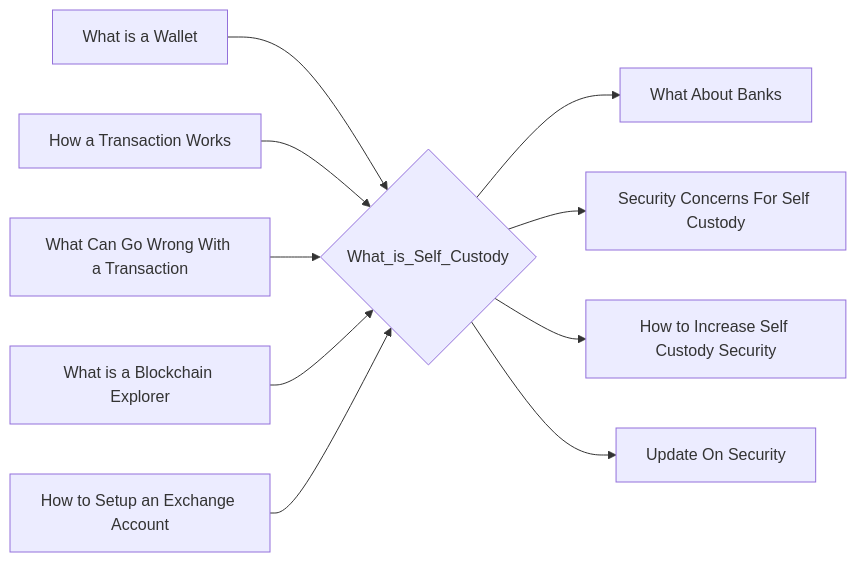
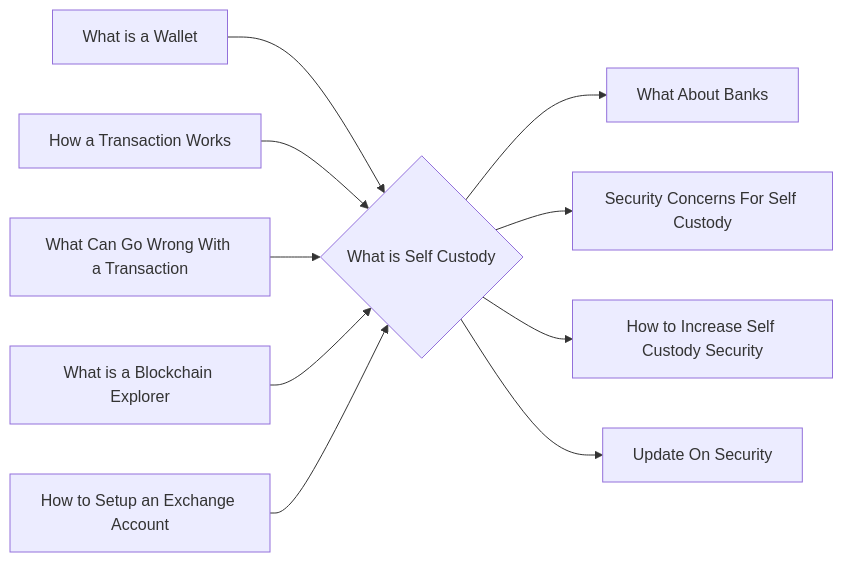
One commit to lpurdy01/crypto-knowledge-map changed the diagram in notes/What_is_Self_Custody.md. Above: the diagram before and after it, drawn with Mermaid. The commit also changed 58 other files, not shown here.

````diff
--- a/notes/What_is_Self_Custody.md
+++ b/notes/What_is_Self_Custody.md
@@ -18,12 +18,12 @@
 ```mermaid
 graph LR
-1["What is a Wallet"]-->0{"What_is_Self_Custody"}
-2["How a Transaction Works"]-->0{"What_is_Self_Custody"}
-3["What Can Go Wrong With a Transaction"]-->0{"What_is_Self_Custody"}
-4["What is a Blockchain Explorer"]-->0{"What_is_Self_Custody"}
-5["How to Setup an Exchange Account"]-->0{"What_is_Self_Custody"}
-0{"What_is_Self_Custody"}-->6["What About Banks"]
-0{"What_is_Self_Custody"}-->7["Security Concerns For Self Custody"]
-0{"What_is_Self_Custody"}-->8["How to Increase Self Custody Security"]
-0{"What_is_Self_Custody"}-->9["Update On Security"]
+1["What is a Wallet"]-->0{"What is Self Custody"}
+2["How a Transaction Works"]-->0{"What is Self Custody"}
+3["What Can Go Wrong With a Transaction"]-->0{"What is Self Custody"}
+4["What is a Blockchain Explorer"]-->0{"What is Self Custody"}
+5["How to Setup an Exchange Account"]-->0{"What is Self Custody"}
+0{"What is Self Custody"}-->6["What About Banks"]
+0{"What is Self Custody"}-->7["Security Concerns For Self Custody"]
+0{"What is Self Custody"}-->8["How to Increase Self Custody Security"]
+0{"What is Self Custody"}-->9["Update On Security"]
 ```
````
